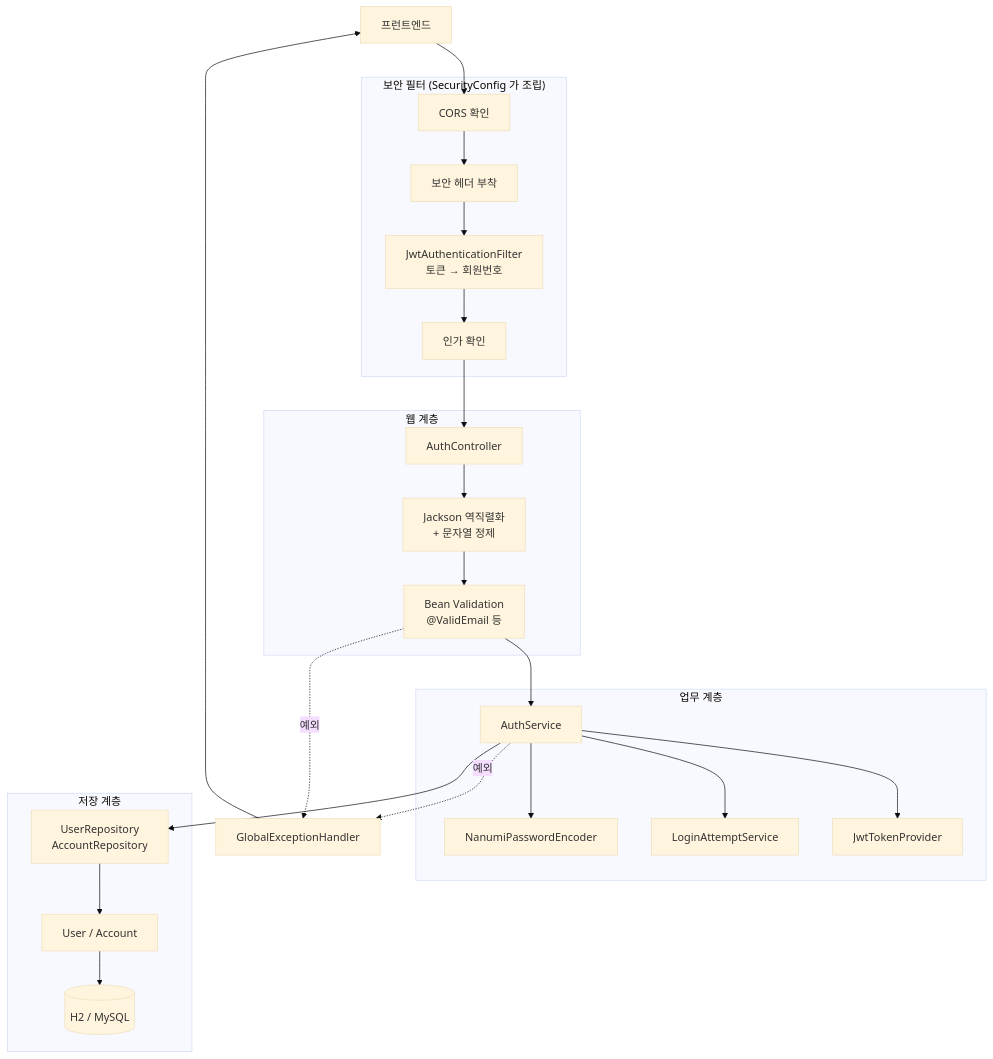
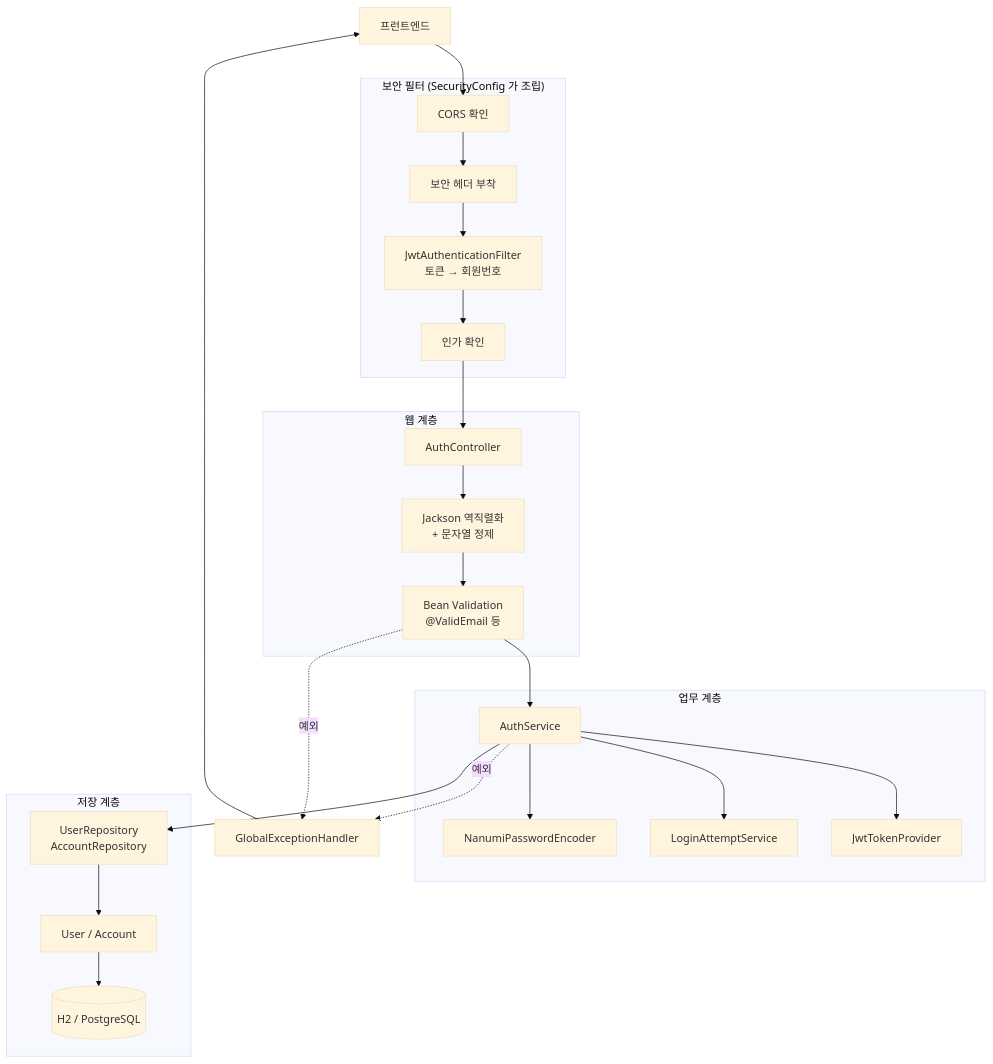
Before and after one commit to kch-chan/nanumi: the first of 9 diagrams in docs/backend-code-guide.md, drawn with Mermaid (base theme). The commit also changed other lines of this file and 16 other files, not shown here.

````diff
--- a/docs/backend-code-guide.md
+++ b/docs/backend-code-guide.md
@@ -83,42 +83,42 @@
 ```mermaid
 flowchart TD
     Client["프런트엔드"]
 
     subgraph Filter["보안 필터 (SecurityConfig 가 조립)"]
         Cors["CORS 확인"]
         Header["보안 헤더 부착"]
         Jwt["JwtAuthenticationFilter<br/>토큰 → 회원번호"]
         Authz["인가 확인"]
     end
 
     subgraph Web["웹 계층"]
         Ctrl["AuthController"]
         Deser["Jackson 역직렬화<br/>+ 문자열 정제"]
         Valid["Bean Validation<br/>@ValidEmail 등"]
     end
 
     subgraph Biz["업무 계층"]
         Svc["AuthService"]
         Enc["NanumiPasswordEncoder"]
         Attempt["LoginAttemptService"]
         Tok["JwtTokenProvider"]
     end
 
     subgraph Data["저장 계층"]
         Repo["UserRepository<br/>AccountRepository"]
         Ent["User / Account"]
-        DB[("H2 / MySQL")]
+        DB[("H2 / PostgreSQL")]
     end
 
     Handler["GlobalExceptionHandler"]
 
     Client --> Cors --> Header --> Jwt --> Authz --> Ctrl
     Ctrl --> Deser --> Valid --> Svc
     Svc --> Enc
     Svc --> Attempt
     Svc --> Tok
     Svc --> Repo --> Ent --> DB
     Svc -. 예외 .-> Handler
     Valid -. 예외 .-> Handler
     Handler --> Client
 ```
````
